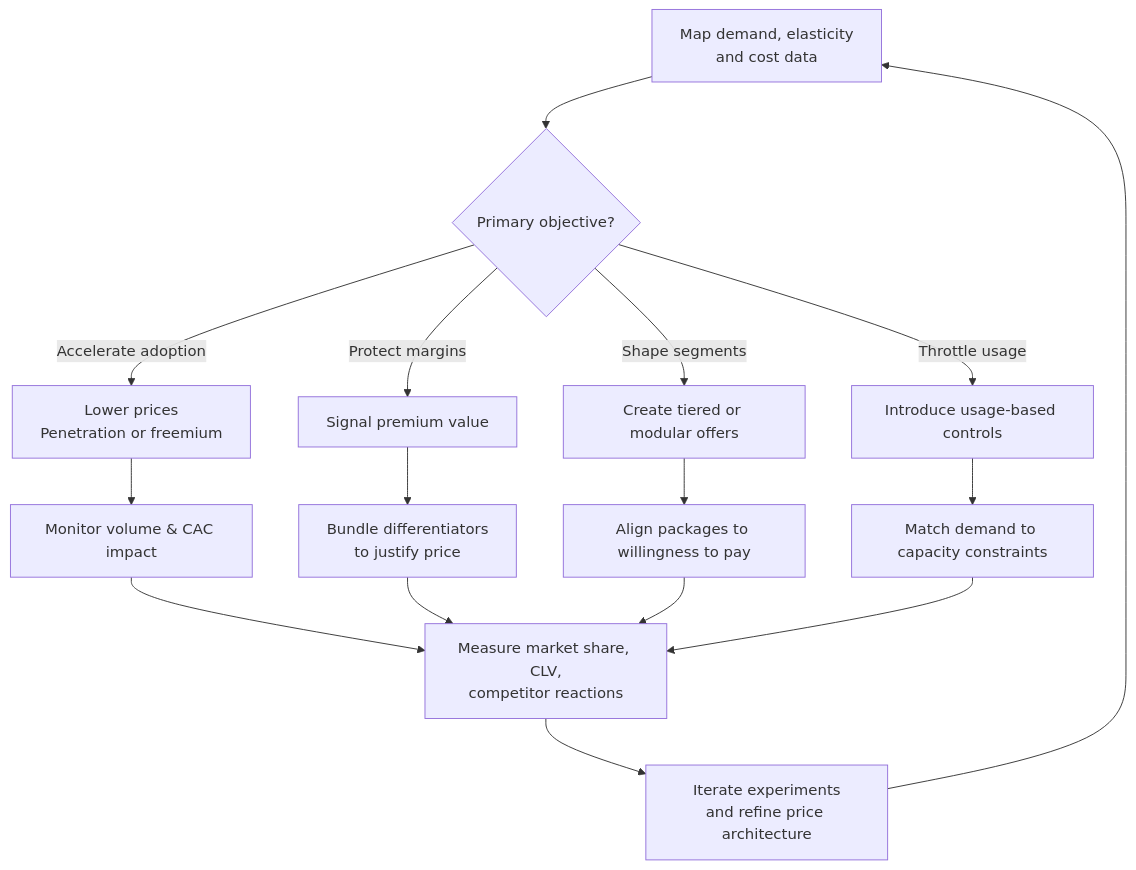
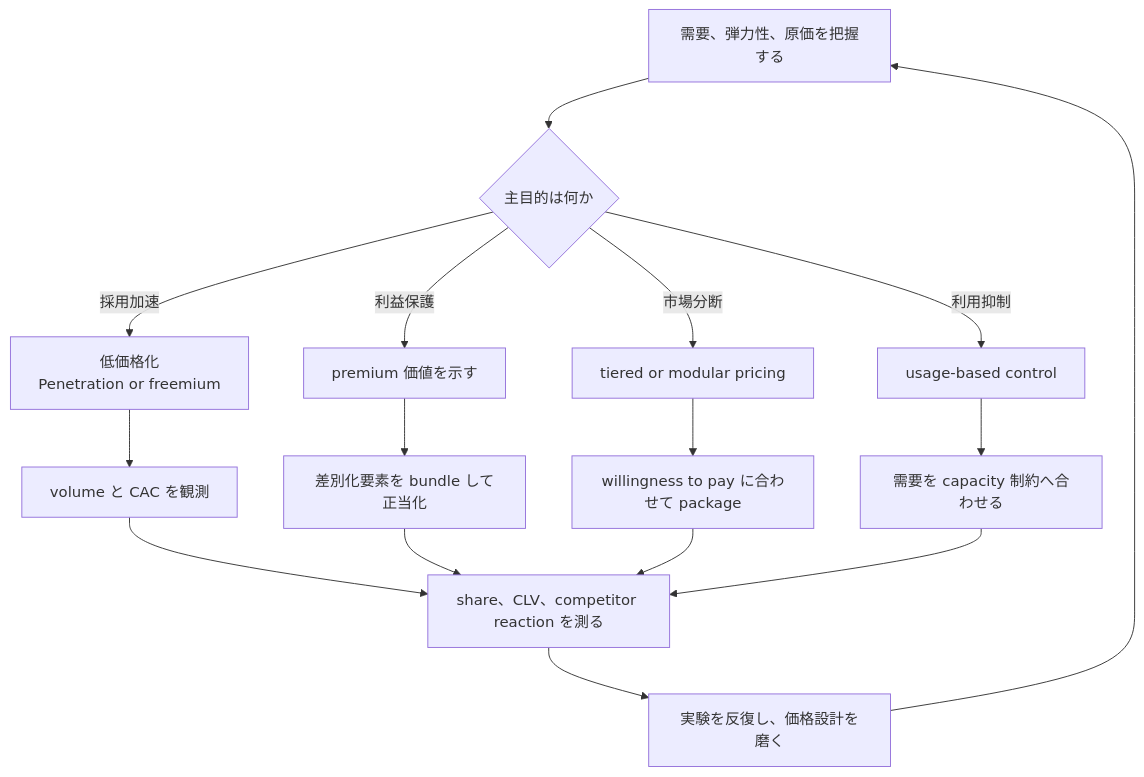
Before and after one commit to wardley-leadership-strategies-ja/wardley-leadership-strategies-ja.github.io: the diagram in docs/strategies/markets/pricing-policy/index.md, drawn with Mermaid. The commit also changed other lines of this file and 7 other files, not shown here.

````diff
--- a/docs/strategies/markets/pricing-policy/index.md
+++ b/docs/strategies/markets/pricing-policy/index.md
@@ -142,18 +140,18 @@
 ```mermaid
 flowchart TD
-    A[Map demand, elasticity<br/>and cost data] --> B{Primary objective?}
-    B -->|Accelerate adoption| C[Lower prices<br/>Penetration or freemium]
-    B -->|Protect margins| D[Signal premium value]
-    B -->|Shape segments| E[Create tiered or modular offers]
-    B -->|Throttle usage| F[Introduce usage-based controls]
-    C --> G[Monitor volume & CAC impact]
-    D --> H[Bundle differentiators<br/>to justify price]
-    E --> I[Align packages to willingness to pay]
-    F --> J[Match demand to capacity constraints]
-    G --> K[Measure market share, CLV,<br/>competitor reactions]
+    A[需要、弾力性、原価を把握する] --> B{主目的は何か}
+    B -->|採用加速| C[低価格化<br/>Penetration or freemium]
+    B -->|利益保護| D[premium 価値を示す]
+    B -->|市場分断| E[tiered or modular pricing]
+    B -->|利用抑制| F[usage-based control]
+    C --> G[volume と CAC を観測]
+    D --> H[差別化要素を bundle して正当化]
+    E --> I[willingness to pay に合わせて package]
+    F --> J[需要を capacity 制約へ合わせる]
+    G --> K[share、CLV、competitor reaction を測る]
     H --> K
     I --> K
     J --> K
-    K --> L[Iterate experiments<br/>and refine price architecture]
+    K --> L[実験を反復し、価格設計を磨く]
     L --> A
 ```
````
